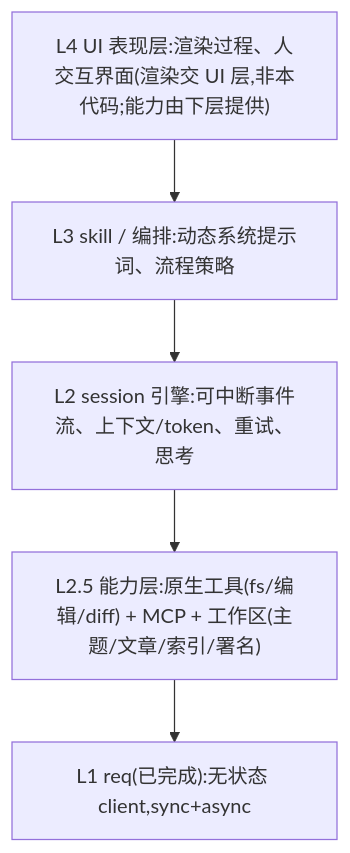
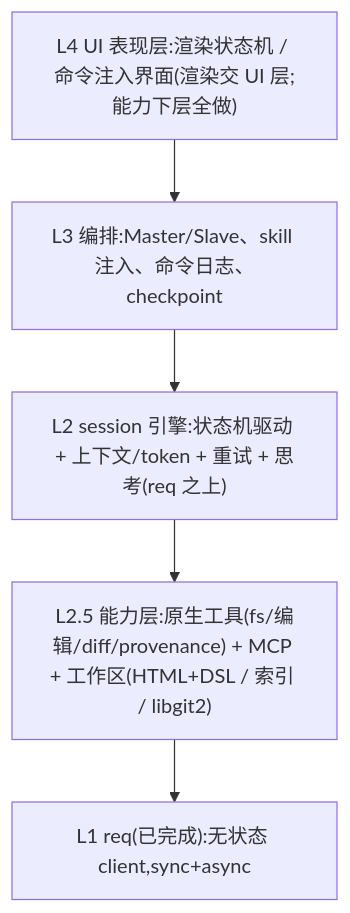
One commit to XuanLee-HEALER/ai-write changed the third of 3 diagrams in docs/product-discussion.md. Above: the diagram before and after it, drawn with Mermaid. The commit also changed other lines of this file, not shown here.

````diff
--- a/docs/product-discussion.md
+++ b/docs/product-discussion.md
@@ -109,8 +171,8 @@
 ```mermaid
 flowchart TD
-    UI["L4 UI 表现层:渲染过程、人交互界面(渲染交 UI 层,非本代码;能力由下层提供)"] --> ORCH
-    ORCH["L3 skill / 编排:动态系统提示词、流程策略"] --> SESS
-    SESS["L2 session 引擎:可中断事件流、上下文/token、重试、思考"] --> CAP
-    CAP["L2.5 能力层:原生工具(fs/编辑/diff) + MCP + 工作区(主题/文章/索引/署名)"] --> REQ
+    UI["L4 UI 表现层:渲染状态机 / 命令注入界面(渲染交 UI 层;能力下层全做)"] --> ORCH
+    ORCH["L3 编排:Master/Slave、skill 注入、命令日志、checkpoint"] --> SESS
+    SESS["L2 session 引擎:状态机驱动 + 上下文/token + 重试 + 思考(req 之上)"] --> CAP
+    CAP["L2.5 能力层:原生工具(fs/编辑/diff/provenance) + MCP + 工作区(HTML+DSL / 索引 / libgit2)"] --> REQ
     REQ["L1 req(已完成):无状态 client,sync+async"]
 ```
````
